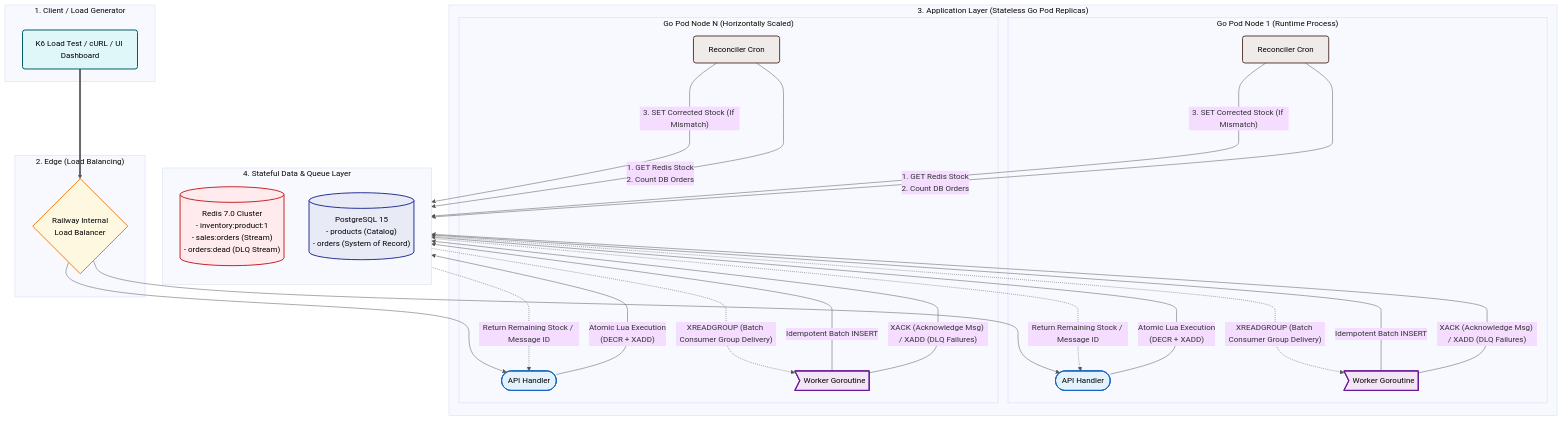
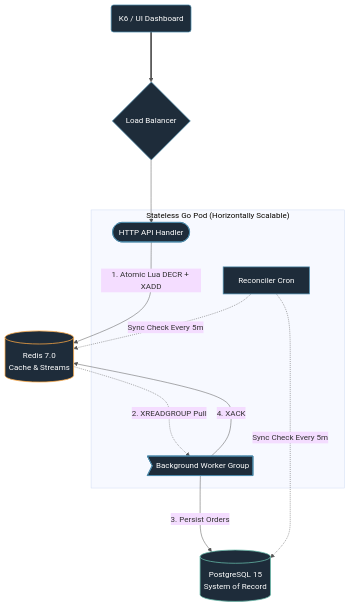
The first of 2 diagrams in README.md (TechnoMeter/flash-sale-backend-go), drawn with Mermaid before and after one commit. The commit also changed other lines of this file, not shown here.

Commit message:
refactor: update architecture diagrams for improved clarity and detail

````diff
--- a/README.md
+++ b/README.md
@@ -115,54 +115,32 @@
 ```mermaid
 %%{init: {'theme': 'base', 'themeVariables': { 'fontFamily': 'arial', 'lineColor': '#555555'}}}%%
 flowchart TD
-    classDef client fill:#e0f7fa,stroke:#006064,stroke-width:2px,color:#000,rx:5,ry:5;
-    classDef edge fill:#fff8e1,stroke:#f57f17,stroke-width:2px,color:#000,rx:5,ry:5;
-    classDef api fill:#e3f2fd,stroke:#1565c0,stroke-width:2px,color:#000,rx:8,ry:8;
-    classDef worker fill:#f3e5f5,stroke:#6a1b9a,stroke-width:2px,color:#000,rx:5,ry:5;
-    classDef recon fill:#efebe9,stroke:#5d4037,stroke-width:2px,color:#000,rx:5,ry:5;
-    classDef redis fill:#ffebee,stroke:#c62828,stroke-width:2px,color:#000,rx:5,ry:5;
-    classDef db fill:#e8eaf6,stroke:#283593,stroke-width:2px,color:#000,rx:5,ry:5;
+    classDef components fill:#1e2c3a,stroke:#4a8aaa,stroke-width:1.5px,color:#fff;
+    classDef state fill:#1e2c3a,stroke:#ffaa44,stroke-width:1.5px,color:#fff;
+    classDef db fill:#1e2c3a,stroke:#66bbaa,stroke-width:1.5px,color:#fff;
 
-    subgraph Tier1 ["1. Client / Load Generator"]
-        Client("K6 Load Test / cURL / UI Dashboard"):::client
+    Client("K6 / UI Dashboard"):::components
+    LB{"Load Balancer"}:::components
+
+    subgraph App ["Stateless Go Pod (Horizontally Scalable)"]
+        API(["HTTP API Handler"]):::components
+        Worker>"Background Worker Group"]:::components
+        Cron["Reconciler Cron"]:::components
     end
 
-    subgraph Tier2 ["2. Edge (Load Balancing)"]
-        LB{"Railway Internal<br/>Load Balancer"}:::edge
-    end
+    Redis[("Redis 7.0 <br> Cache & Streams")]:::state
+    PG[("PostgreSQL 15 <br> System of Record")]:::db
 
-    subgraph Tier3 ["3. Application Layer (Stateless Go Pod Replicas)"]
-        subgraph Pod1 ["Go Pod Node 1 (Runtime Process)"]
-            API1(["API Handler"]):::api
-            W1>"Worker Goroutine"]:::worker
-            R1["Reconciler Cron"]:::recon
-        end
-        subgraph PodN ["Go Pod Node N (Horizontally Scaled)"]
-            APIN(["API Handler"]):::api
-            WN>"Worker Goroutine"]:::worker
-            RN["Reconciler Cron"]:::recon
-        end
-    end
+    %% Request Flow
+    Client ===> LB
+    LB ---> API
+    API --->|1. Atomic Lua DECR + XADD| Redis
+    
+    %% Async Processing Flow
+    Redis -.->|2. XREADGROUP Pull| Worker
+    Worker --->|3. Persist Orders| PG
+    Worker --->|4. XACK| Redis
 
-    subgraph Tier4 ["4. Stateful Data & Queue Layer"]
-        direction TB
-        Redis[("Redis 7.0 Cluster<br/>- inventory:product:1<br/>- sales:orders (Stream)<br/>- orders:dead (DLQ Stream)")]:::redis
-        PG[("PostgreSQL 15<br/>- products (Catalog)<br/>- orders (System of Record)")]:::db
-    end
-
-    Client ===> LB
-    LB ---> API1 & APIN
-
-    %% Synchronous Request Path
-    API1 & APIN -- "Atomic Lua Execution<br/>(DECR + XADD)" ---> Redis
-    Redis -. "Return Remaining Stock / Message ID" .-> API1 & APIN
-
-    %% Asynchronous Processing Path
-    Redis -. "XREADGROUP (Batch Consumer Group Delivery)" .-> W1 & WN
-    W1 & WN -- "Idempotent Batch INSERT" ---> PG
-    W1 & WN -- "XACK (Acknowledge Msg) / XADD (DLQ Failures)" ---> Redis
-
-    %% Out-of-band Reconciliation Path
-    R1 & RN -- "1. GET Redis Stock<br/>2. Count DB Orders" ---> Tier4
-    R1 & RN -- "3. SET Corrected Stock (If Mismatch)" ---> Redis
+    %% Reconciliation Flow
+    Cron -.->|Sync Check Every 5m| Redis & PG
 ```
````
